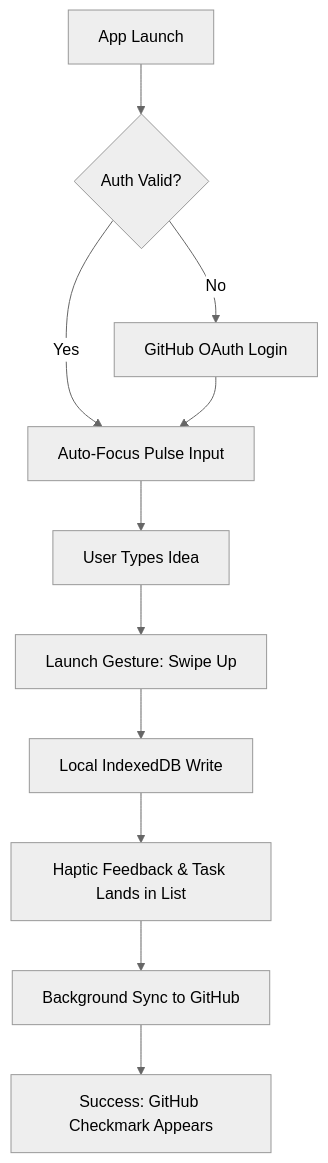
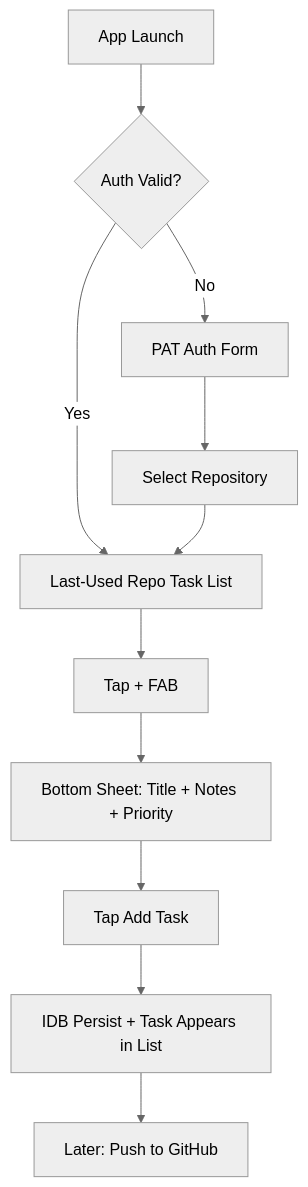
Before and after one commit to tholo91/code-tasks: the first of 4 diagrams in _bmad-output/planning-artifacts/ux-design-specification.md, drawn with Mermaid (neutral theme). The commit also changed other lines of this file and 74 other files, not shown here.

First line of the commit message:
feat: major app overhaul — Epic 7 UX redesign with per-repo tasks, FAB creation, task details, drag-and-drop, swipe-to-delete, and sync improvements

````diff
--- a/_bmad-output/planning-artifacts/ux-design-specification.md
+++ b/_bmad-output/planning-artifacts/ux-design-specification.md
@@ -249,13 +257,13 @@
 ```mermaid
 graph TD
     A[App Launch] --> B{Auth Valid?}
-    B -- Yes --> C[Auto-Focus Pulse Input]
-    B -- No --> D[GitHub OAuth Login]
-    D --> C
-    C --> E[User Types Idea]
-    E --> F[Launch Gesture: Swipe Up]
-    F --> G[Local IndexedDB Write]
-    G --> H[Haptic Feedback & Task Lands in List]
-    H --> I[Background Sync to GitHub]
-    I --> J[Success: GitHub Checkmark Appears]
+    B -- Yes --> C[Last-Used Repo Task List]
+    B -- No --> D[PAT Auth Form]
+    D --> E[Select Repository]
+    E --> C
+    C --> F[Tap + FAB]
+    F --> G[Bottom Sheet: Title + Notes + Priority]
+    G --> H[Tap Add Task]
+    H --> I[IDB Persist + Task Appears in List]
+    I --> J[Later: Push to GitHub]
 ```
````
